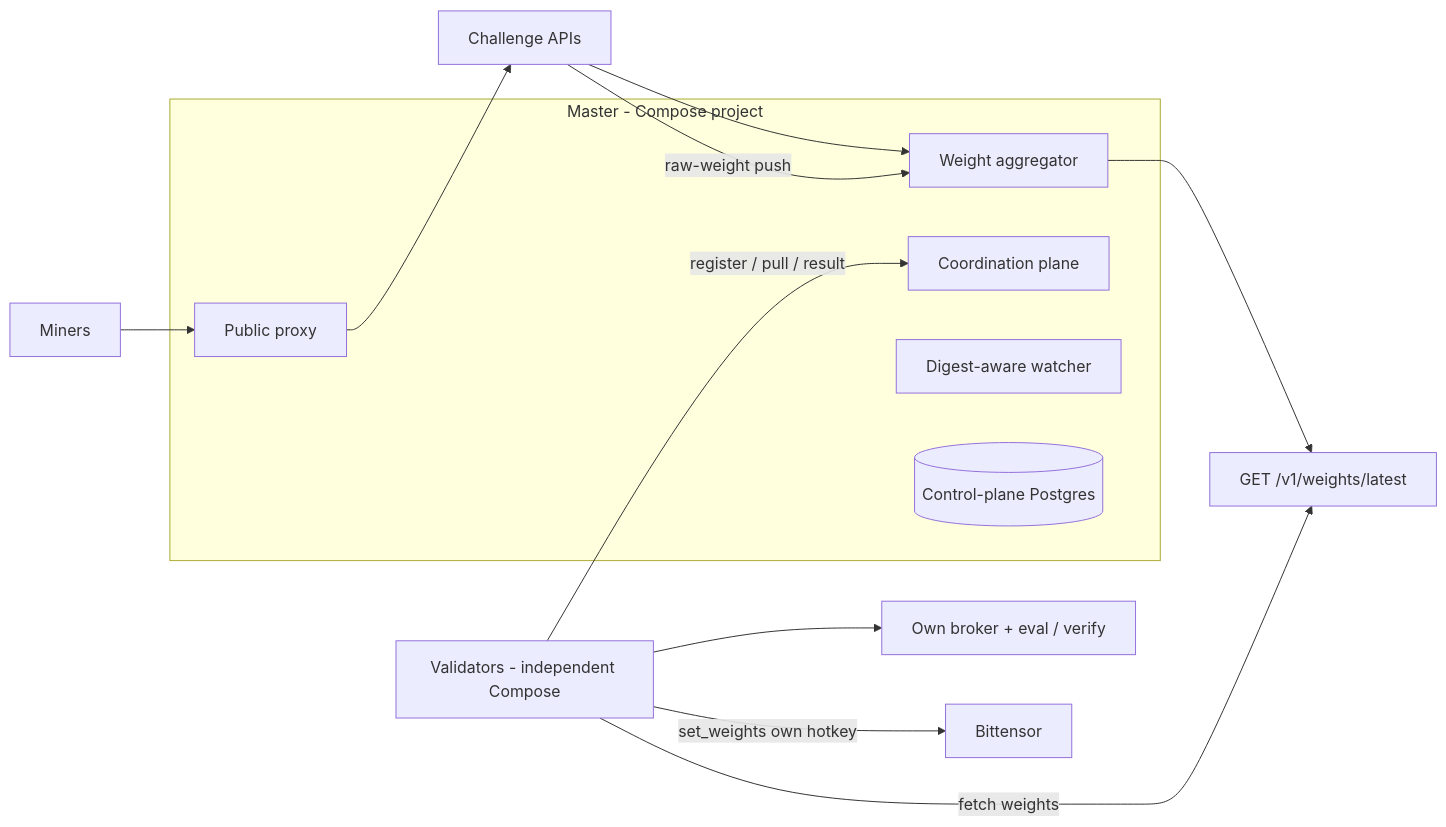
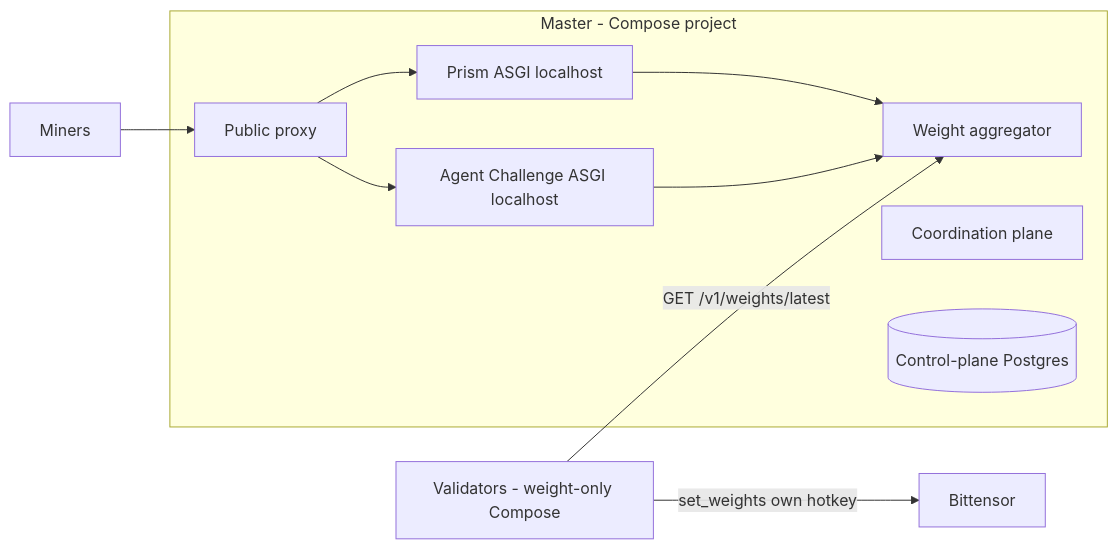
The diagram in README.md (BaseIntelligence/base), drawn with Mermaid before and after one commit. The commit also changed other lines of this file and 8 other files, not shown here.

````diff
--- a/README.md
+++ b/README.md
@@ -70,21 +73,20 @@
 ```mermaid
 flowchart LR
     U[Miners] --> P[Public proxy]
-    P --> CH[Challenge APIs]
-    CH --> AG[Weight aggregator]
+    P --> PR[Prism ASGI localhost]
+    P --> AC[Agent Challenge ASGI localhost]
+    PR --> AG[Weight aggregator]
+    AC --> AG
 
     subgraph MASTER [Master - Compose project]
         P
+        PR
+        AC
         CP[Coordination plane]
         AG
-        WTC[Digest-aware watcher]
         PG[(Control-plane Postgres)]
     end
 
-    CH -- raw-weight push --> AG
-    V[Validators - independent Compose] -- register / pull / result --> CP
-    V --> VB[Own broker + eval / verify]
-    AG --> W[GET /v1/weights/latest]
-    V -- fetch weights --> W
+    V[Validators - weight-only Compose] -- GET /v1/weights/latest --> AG
     V -- set_weights own hotkey --> BT[Bittensor]
 ```
````
